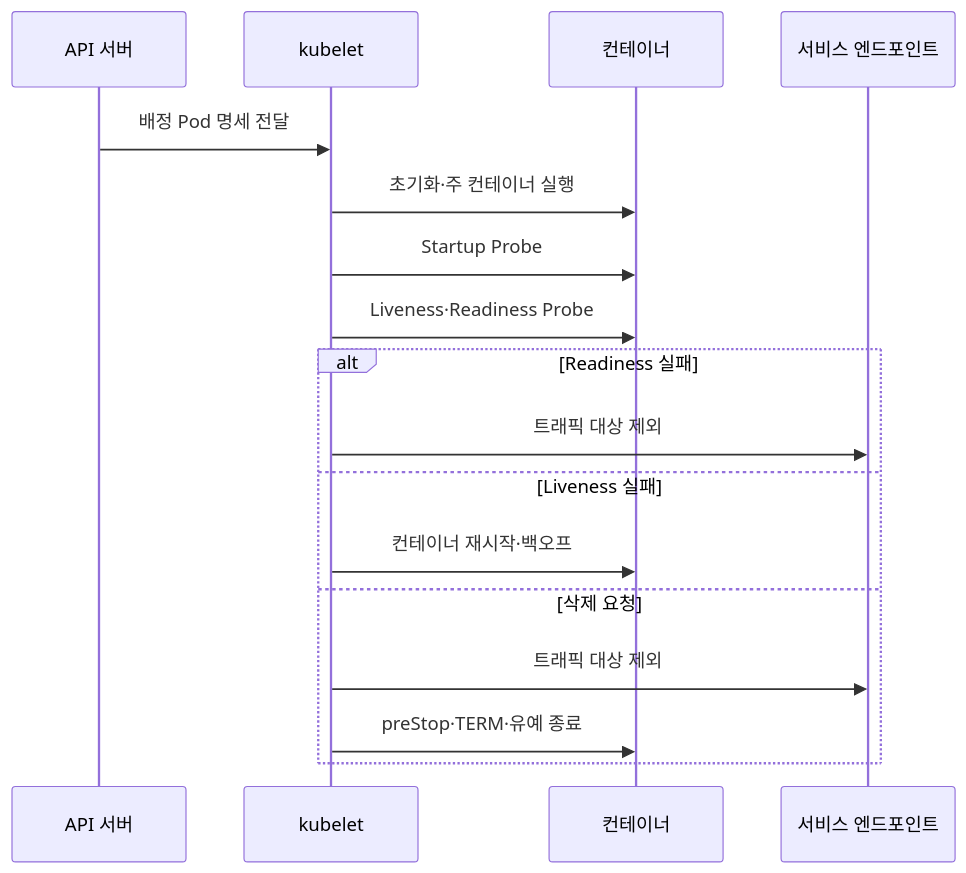
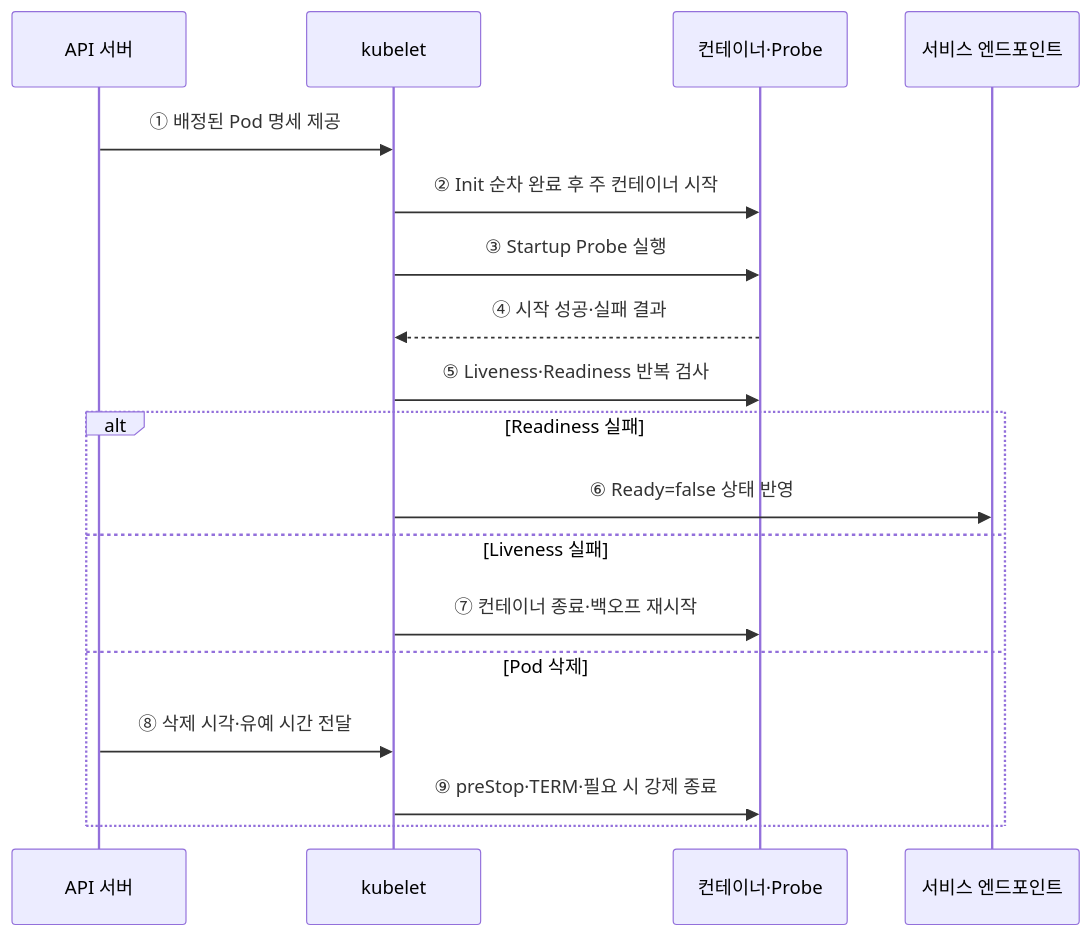
The second of 2 diagrams in src/content/docs/notes/03-software/153_kubernetes_pod_lifecycle.md (agnusdei1207/knowledge-base), drawn with Mermaid before and after one commit. The commit also changed other lines of this file and 20 other files, not shown here.

````diff
--- a/src/content/docs/notes/03-software/153_kubernetes_pod_lifecycle.md
+++ b/src/content/docs/notes/03-software/153_kubernetes_pod_lifecycle.md
@@ -84,19 +73,20 @@
 ```mermaid
 sequenceDiagram
     participant A as API 서버
     participant K as kubelet
-    participant C as 컨테이너
+    participant C as 컨테이너·Probe
     participant E as 서비스 엔드포인트
-    A->>K: 배정 Pod 명세 전달
-    K->>C: 초기화·주 컨테이너 실행
-    K->>C: Startup Probe
-    K->>C: Liveness·Readiness Probe
+    A->>K: ① 배정된 Pod 명세 제공
+    K->>C: ② Init 순차 완료 후 주 컨테이너 시작
+    K->>C: ③ Startup Probe 실행
+    C-->>K: ④ 시작 성공·실패 결과
+    K->>C: ⑤ Liveness·Readiness 반복 검사
     alt Readiness 실패
-        K->>E: 트래픽 대상 제외
+        K->>E: ⑥ Ready=false 상태 반영
     else Liveness 실패
-        K->>C: 컨테이너 재시작·백오프
-    else 삭제 요청
-        K->>E: 트래픽 대상 제외
-        K->>C: preStop·TERM·유예 종료
+        K->>C: ⑦ 컨테이너 종료·백오프 재시작
+    else Pod 삭제
+        A->>K: ⑧ 삭제 시각·유예 시간 전달
+        K->>C: ⑨ preStop·TERM·필요 시 강제 종료
     end
 ```
````
